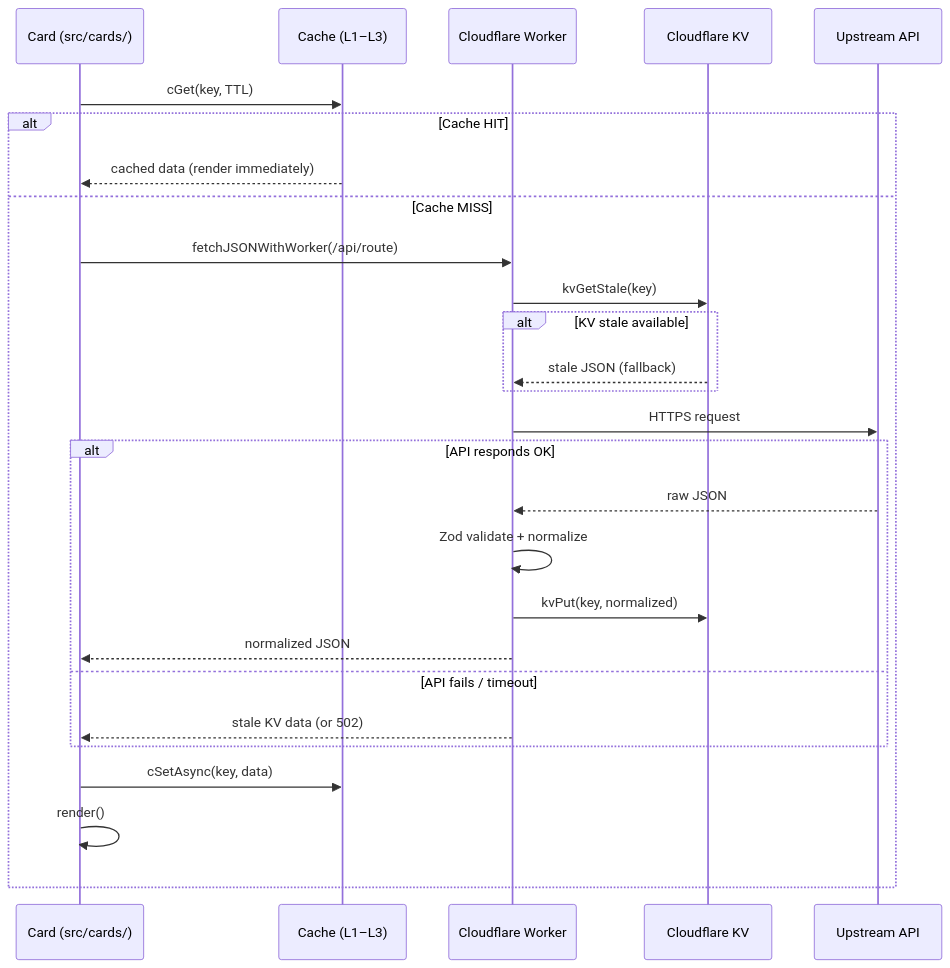
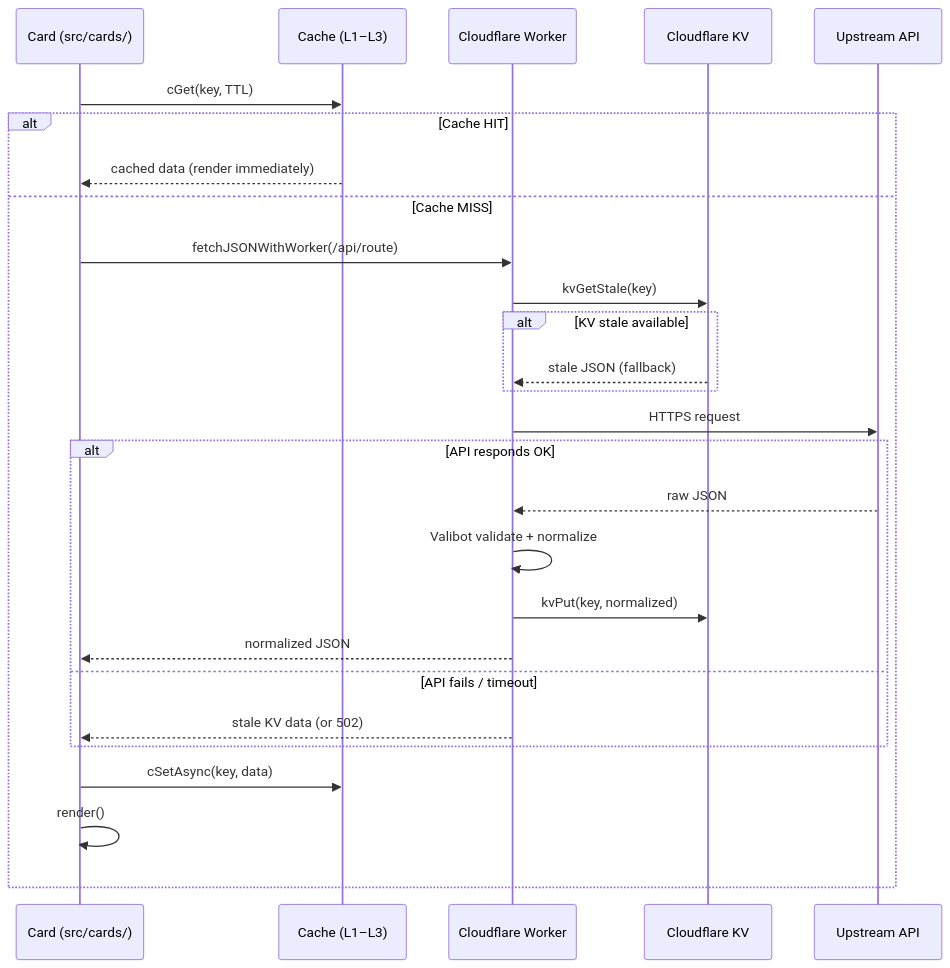
Before and after one commit to RajwanYair/FamilyDashBoard: the diagram in docs/data-sources.md, drawn with Mermaid. The commit also changed other lines of this file and 15 other files, not shown here.

````diff
--- a/docs/data-sources.md
+++ b/docs/data-sources.md
@@ -16,30 +16,30 @@
 ```mermaid
 sequenceDiagram
     participant Card as Card (src/cards/)
     participant Cache as Cache (L1–L3)
     participant Worker as Cloudflare Worker
     participant KV as Cloudflare KV
     participant API as Upstream API
 
     Card->>Cache: cGet(key, TTL)
     alt Cache HIT
         Cache-->>Card: cached data (render immediately)
     else Cache MISS
         Card->>Worker: fetchJSONWithWorker(/api/route)
         Worker->>KV: kvGetStale(key)
         alt KV stale available
             KV-->>Worker: stale JSON (fallback)
         end
         Worker->>API: HTTPS request
         alt API responds OK
             API-->>Worker: raw JSON
-            Worker->>Worker: Zod validate + normalize
+            Worker->>Worker: Valibot validate + normalize
             Worker->>KV: kvPut(key, normalized)
             Worker-->>Card: normalized JSON
         else API fails / timeout
             Worker-->>Card: stale KV data (or 502)
         end
         Card->>Cache: cSetAsync(key, data)
         Card->>Card: render()
     end
 ```
````
